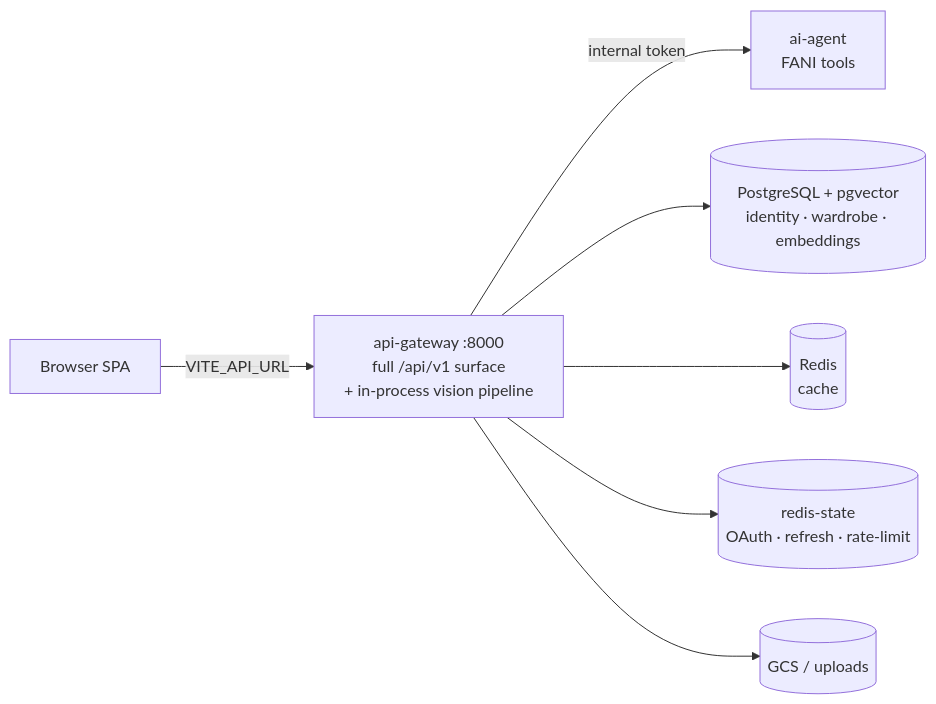
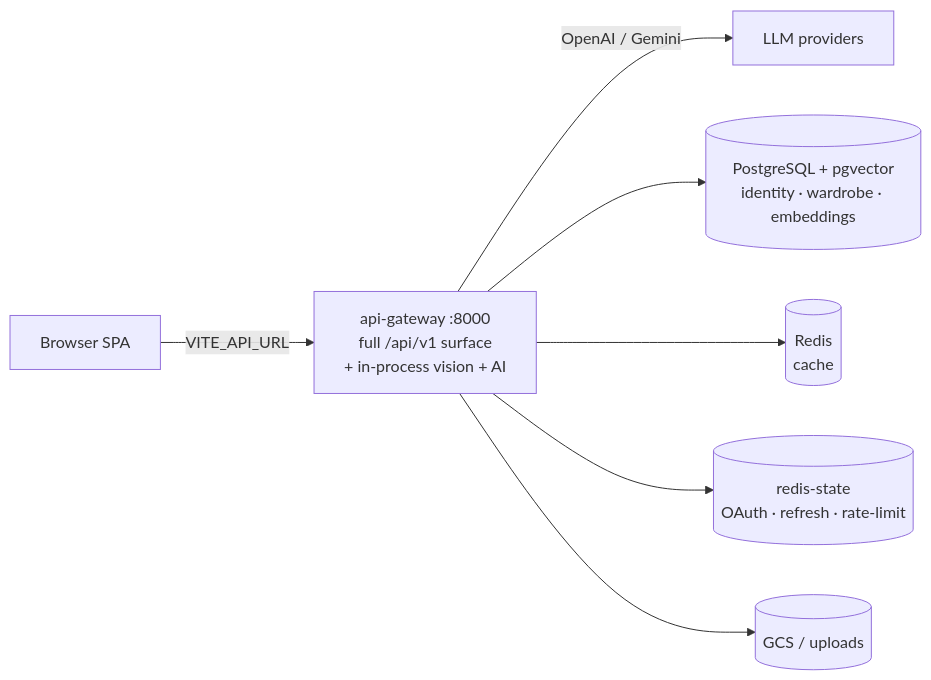
One commit to phanidhar09/clozehive changed the first of 2 diagrams in Readme.md. Above: the diagram before and after it, drawn with Mermaid. The commit also changed other lines of this file and 6 other files, not shown here.

````diff
--- a/Readme.md
+++ b/Readme.md
@@ -98,9 +96,9 @@
 ```mermaid
 flowchart LR
-    B[Browser SPA] -->|VITE_API_URL| GW[api-gateway :8000<br/>full /api/v1 surface<br/>+ in-process vision pipeline]
-    GW -->|internal token| AG[ai-agent<br/>FANI tools]
+    B[Browser SPA] -->|VITE_API_URL| GW[api-gateway :8000<br/>full /api/v1 surface<br/>+ in-process vision + AI]
+    GW -->|OpenAI / Gemini| LLM[LLM providers]
     GW --> PG[(PostgreSQL + pgvector<br/>identity · wardrobe · embeddings)]
     GW --> R[(Redis<br/>cache)]
     GW --> RS[(redis-state<br/>OAuth · refresh · rate-limit)]
     GW --> GCS[(GCS / uploads)]
 ```
````
